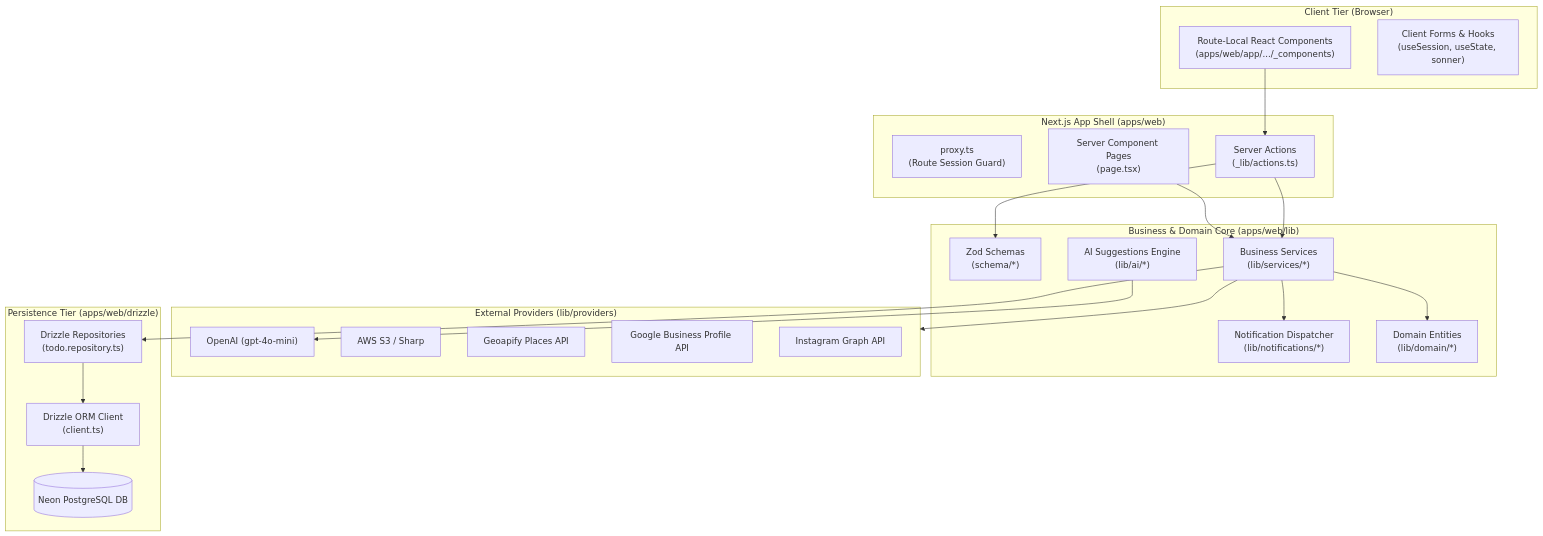
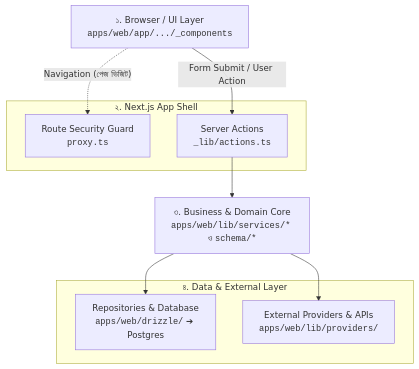
One commit to Rana2324/Todo-App changed the first of 3 diagrams in docs/design/architecture-overview.md. Above: the diagram before and after it, drawn with Mermaid. The commit also changed other lines of this file and 26 other files, not shown here.

````diff
--- a/docs/design/architecture-overview.md
+++ b/docs/design/architecture-overview.md
@@ -5,47 +13,22 @@
 ```mermaid
-graph TD
-    subgraph Client["Client Tier (Browser)"]
-        UI["Route-Local React Components<br/>(apps/web/app/.../_components)"]
-        Forms["Client Forms & Hooks<br/>(useSession, useState, sonner)"]
+flowchart TD
+    UI["১. Browser / UI Layer<br/><code>apps/web/app/.../_components</code>"]
+    
+    subgraph App["২. Next.js App Shell"]
+        Guard["Route Security Guard<br/><code>proxy.ts</code>"]
+        Actions["Server Actions<br/><code>_lib/actions.ts</code>"]
     end
 
-    subgraph AppRouter["Next.js App Shell (apps/web)"]
-        Proxy["proxy.ts<br/>(Route Session Guard)"]
-        Pages["Server Component Pages<br/>(page.tsx)"]
-        Actions["Server Actions<br/>(_lib/actions.ts)"]
+    Core["৩. Business & Domain Core<br/><code>apps/web/lib/services/*</code> ও <code>schema/*</code>"]
+
+    subgraph DataExternal["৪. Data & External Layer"]
+        Repo["Repositories & Database<br/><code>apps/web/drizzle/</code> ➔ Postgres"]
+        Prov["External Providers & APIs<br/><code>apps/web/lib/providers/</code>"]
     end
 
-    subgraph CoreLayer["Business & Domain Core (apps/web/lib)"]
-        Validations["Zod Schemas<br/>(schema/*)"]
-        Services["Business Services<br/>(lib/services/*)"]
-        AI["AI Suggestions Engine<br/>(lib/ai/*)"]
-        Notifications["Notification Dispatcher<br/>(lib/notifications/*)"]
-        Domain["Domain Entities<br/>(lib/domain/*)"]
-    end
-
-    subgraph Providers["External Providers (lib/providers)"]
-        OpenAI["OpenAI (gpt-4o-mini)"]
-        S3["AWS S3 / Sharp"]
-        Geoapify["Geoapify Places API"]
-        GoogleGBP["Google Business Profile API"]
-        MetaIG["Instagram Graph API"]
-    end
-
-    subgraph DataTier["Persistence Tier (apps/web/drizzle)"]
-        Repositories["Drizzle Repositories<br/>(todo.repository.ts)"]
-        DrizzleClient["Drizzle ORM Client<br/>(client.ts)"]
-        Postgres[("Neon PostgreSQL DB")]
-    end
-
-    UI --> Actions
-    Pages --> Services
-    Actions --> Validations
-    Actions --> Services
-    Services --> Domain
-    Services --> Repositories
-    Services --> Notifications
-    AI --> OpenAI
-    Services --> Providers
-    Repositories --> DrizzleClient
-    DrizzleClient --> Postgres
+    UI -.->|"Navigation (পেজ ভিজিট)"| Guard
+    UI -->|"Form Submit / User Action"| Actions
+    Actions --> Core
+    Core --> Repo
+    Core --> Prov
 ```
````
